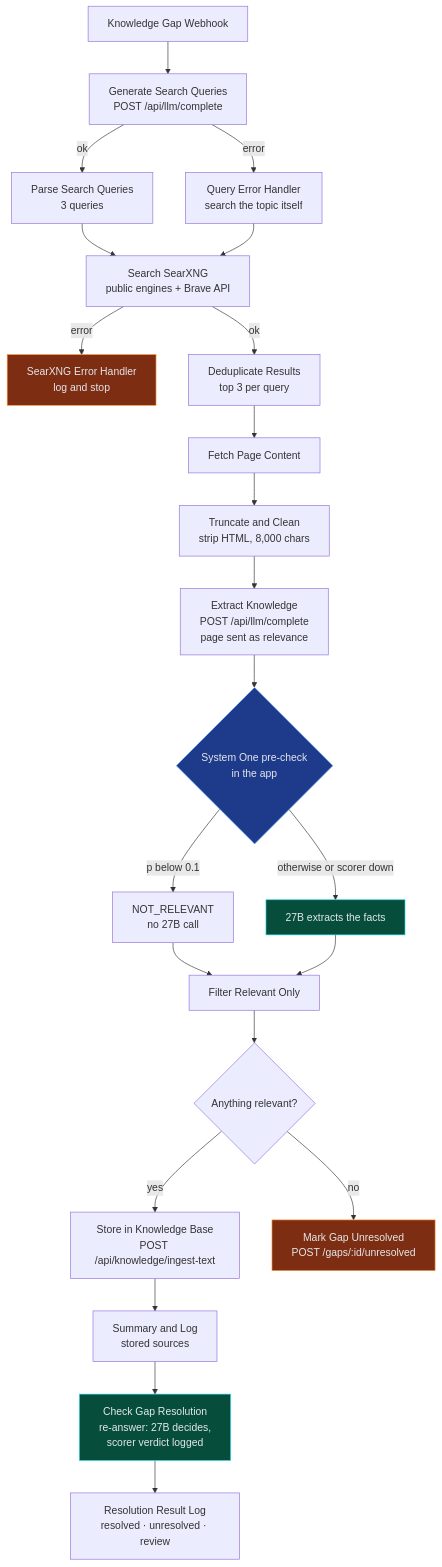
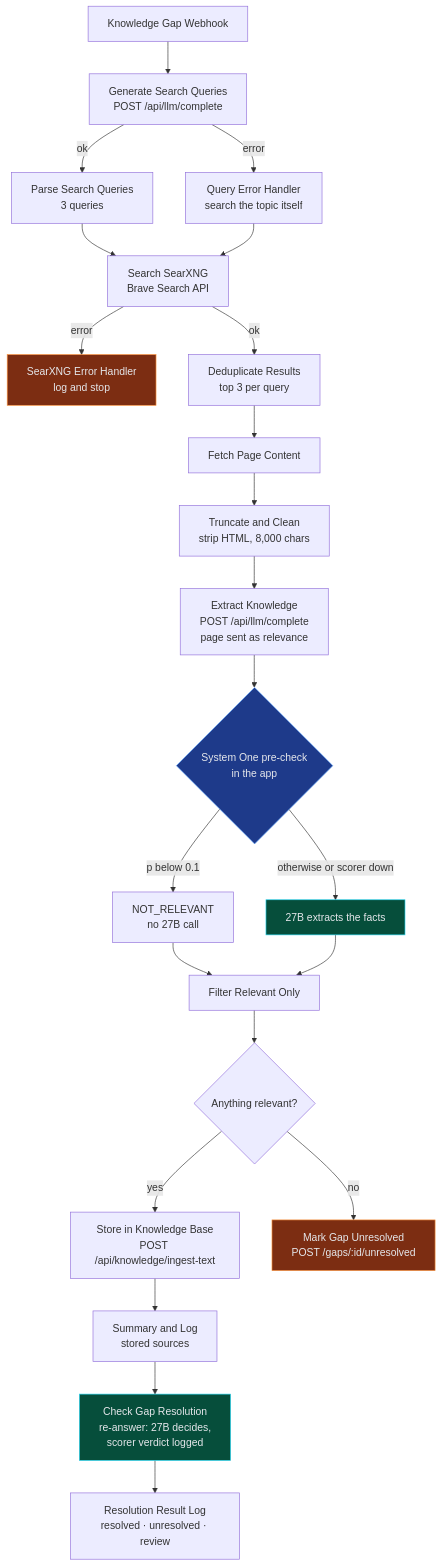
The second of 11 diagrams in README.md (sebdallais-git/PharmaIT_Chat_and_Digest), drawn with Mermaid before and after one commit. The commit also changed other lines of this file and 2 other files, not shown here.

First line of the commit message:
fix: search the general web with the Brave API only

````diff
--- a/README.md
+++ b/README.md
@@ -134,30 +134,30 @@
 ```mermaid
 flowchart TD
     W["Knowledge Gap Webhook"] --> G["Generate Search Queries<br/>POST /api/llm/complete"]
     G -- "ok" --> P["Parse Search Queries<br/>3 queries"]
     G -- "error" --> GE["Query Error Handler<br/>search the topic itself"]
-    P --> S["Search SearXNG<br/>public engines + Brave API"]
+    P --> S["Search SearXNG<br/>Brave Search API"]
     GE --> S
     S -- "error" --> SE["SearXNG Error Handler<br/>log and stop"]
     S -- "ok" --> DD["Deduplicate Results<br/>top 3 per query"]
     DD --> F["Fetch Page Content"]
     F --> T["Truncate and Clean<br/>strip HTML, 8,000 chars"]
     T --> X["Extract Knowledge<br/>POST /api/llm/complete<br/>page sent as relevance"]
     X --> PC{"System One pre-check<br/>in the app"}
     PC -- "p below 0.1" --> NR["NOT_RELEVANT<br/>no 27B call"]
     PC -- "otherwise or scorer down" --> EX["27B extracts the facts"]
     NR --> FR["Filter Relevant Only"]
     EX --> FR
     FR --> AR{"Anything relevant?"}
     AR -- "yes" --> ST["Store in Knowledge Base<br/>POST /api/knowledge/ingest-text"]
     AR -- "no" --> MU["Mark Gap Unresolved<br/>POST /gaps/:id/unresolved"]
     ST --> SL["Summary and Log<br/>stored sources"]
     SL --> CR["Check Gap Resolution<br/>re-answer: 27B decides,<br/>scorer verdict logged"]
     CR --> RR["Resolution Result Log<br/>resolved · unresolved · review"]
 
     style PC fill:#1e3a8a,stroke:#60a5fa,color:#e5e7eb
     style EX fill:#064e3b,stroke:#22d3ee,color:#e5e7eb
     style CR fill:#064e3b,stroke:#22d3ee,color:#e5e7eb
     style MU fill:#7c2d12,stroke:#fb923c,color:#e5e7eb
     style SE fill:#7c2d12,stroke:#fb923c,color:#e5e7eb
 ```
````
